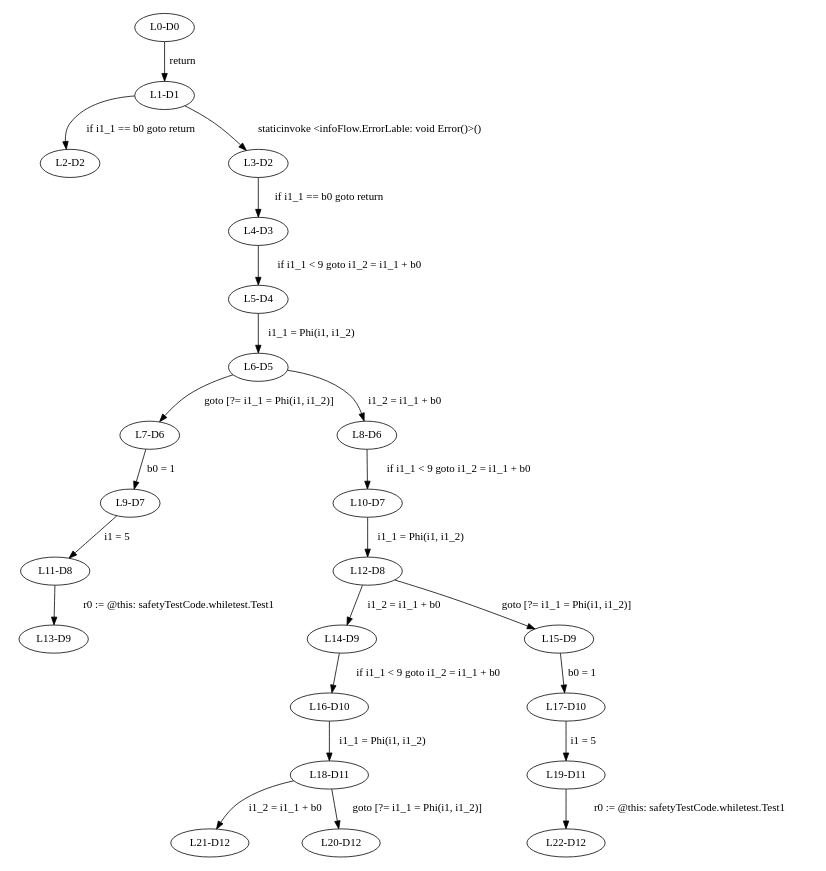
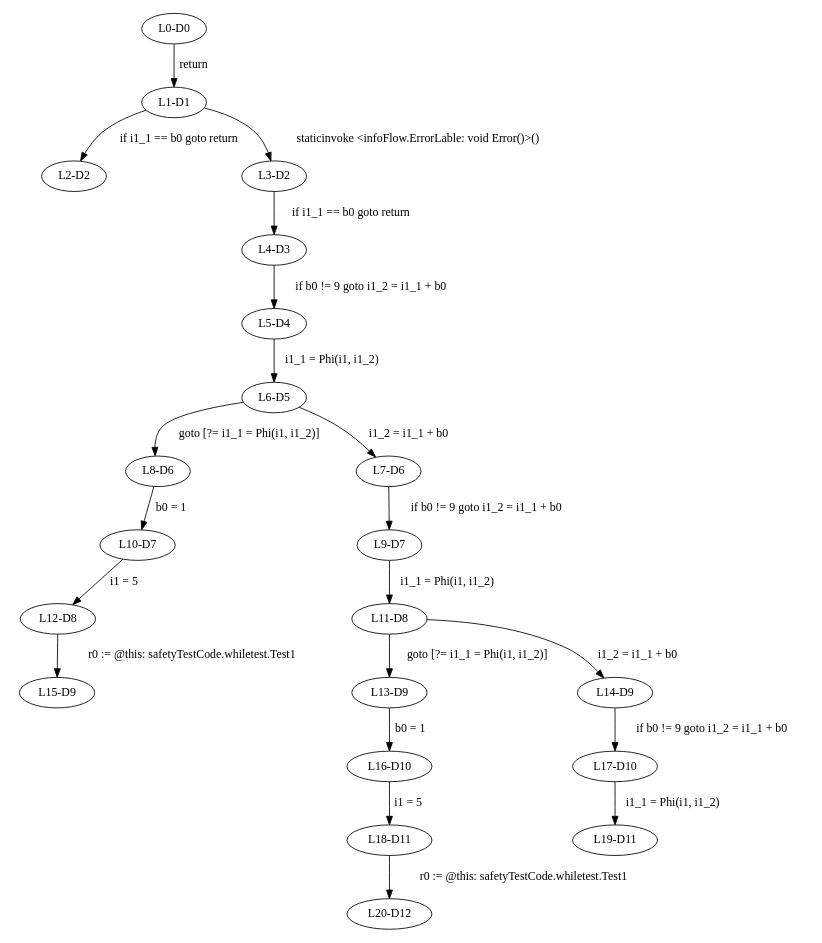
Before and after one commit to gt-wunderhorn/gt-wunderhorn: the diagram in SafetyChecker2/_all.dot, drawn with Graphviz. The commit also changed 24 other files, not shown here.

```diff
--- a/SafetyChecker2/_all.dot
+++ b/SafetyChecker2/_all.dot
@@ -1,27 +1,25 @@
 digraph { 
 	ratio="fill";
 	size="8.3,11.7!";
 	margin=0;
 	"L0-D0" -> "L1-D1"[label="return"];
 	"L1-D1" -> "L2-D2"[label="if i1_1 == b0 goto return"];
 	"L1-D1" -> "L3-D2"[label="staticinvoke <infoFlow.ErrorLable: void Error()>()"];
 	"L3-D2" -> "L4-D3"[label="if i1_1 == b0 goto return"];
-	"L4-D3" -> "L5-D4"[label="if i1_1 < 9 goto i1_2 = i1_1 + b0"];
+	"L4-D3" -> "L5-D4"[label="if b0 != 9 goto i1_2 = i1_1 + b0"];
 	"L5-D4" -> "L6-D5"[label="i1_1 = Phi(i1, i1_2)"];
-	"L6-D5" -> "L7-D6"[label="goto [?= i1_1 = Phi(i1, i1_2)]"];
-	"L6-D5" -> "L8-D6"[label="i1_2 = i1_1 + b0"];
-	"L7-D6" -> "L9-D7"[label="b0 = 1"];
-	"L8-D6" -> "L10-D7"[label="if i1_1 < 9 goto i1_2 = i1_1 + b0"];
-	"L9-D7" -> "L11-D8"[label="i1 = 5"];
-	"L10-D7" -> "L12-D8"[label="i1_1 = Phi(i1, i1_2)"];
-	"L11-D8" -> "L13-D9"[label="r0 := @this: safetyTestCode.whiletest.Test1"];
-	"L12-D8" -> "L14-D9"[label="i1_2 = i1_1 + b0"];
-	"L12-D8" -> "L15-D9"[label="goto [?= i1_1 = Phi(i1, i1_2)]"];
-	"L14-D9" -> "L16-D10"[label="if i1_1 < 9 goto i1_2 = i1_1 + b0"];
-	"L15-D9" -> "L17-D10"[label="b0 = 1"];
-	"L16-D10" -> "L18-D11"[label="i1_1 = Phi(i1, i1_2)"];
-	"L17-D10" -> "L19-D11"[label="i1 = 5"];
-	"L18-D11" -> "L21-D12"[label="i1_2 = i1_1 + b0"];
-	"L18-D11" -> "L20-D12"[label="goto [?= i1_1 = Phi(i1, i1_2)]"];
-	"L19-D11" -> "L22-D12"[label="r0 := @this: safetyTestCode.whiletest.Test1"];
+	"L6-D5" -> "L8-D6"[label="goto [?= i1_1 = Phi(i1, i1_2)]"];
+	"L6-D5" -> "L7-D6"[label="i1_2 = i1_1 + b0"];
+	"L8-D6" -> "L10-D7"[label="b0 = 1"];
+	"L7-D6" -> "L9-D7"[label="if b0 != 9 goto i1_2 = i1_1 + b0"];
+	"L10-D7" -> "L12-D8"[label="i1 = 5"];
+	"L9-D7" -> "L11-D8"[label="i1_1 = Phi(i1, i1_2)"];
+	"L12-D8" -> "L15-D9"[label="r0 := @this: safetyTestCode.whiletest.Test1"];
+	"L11-D8" -> "L13-D9"[label="goto [?= i1_1 = Phi(i1, i1_2)]"];
+	"L11-D8" -> "L14-D9"[label="i1_2 = i1_1 + b0"];
+	"L13-D9" -> "L16-D10"[label="b0 = 1"];
+	"L14-D9" -> "L17-D10"[label="if b0 != 9 goto i1_2 = i1_1 + b0"];
+	"L16-D10" -> "L18-D11"[label="i1 = 5"];
+	"L17-D10" -> "L19-D11"[label="i1_1 = Phi(i1, i1_2)"];
+	"L18-D11" -> "L20-D12"[label="r0 := @this: safetyTestCode.whiletest.Test1"];
 }
```
